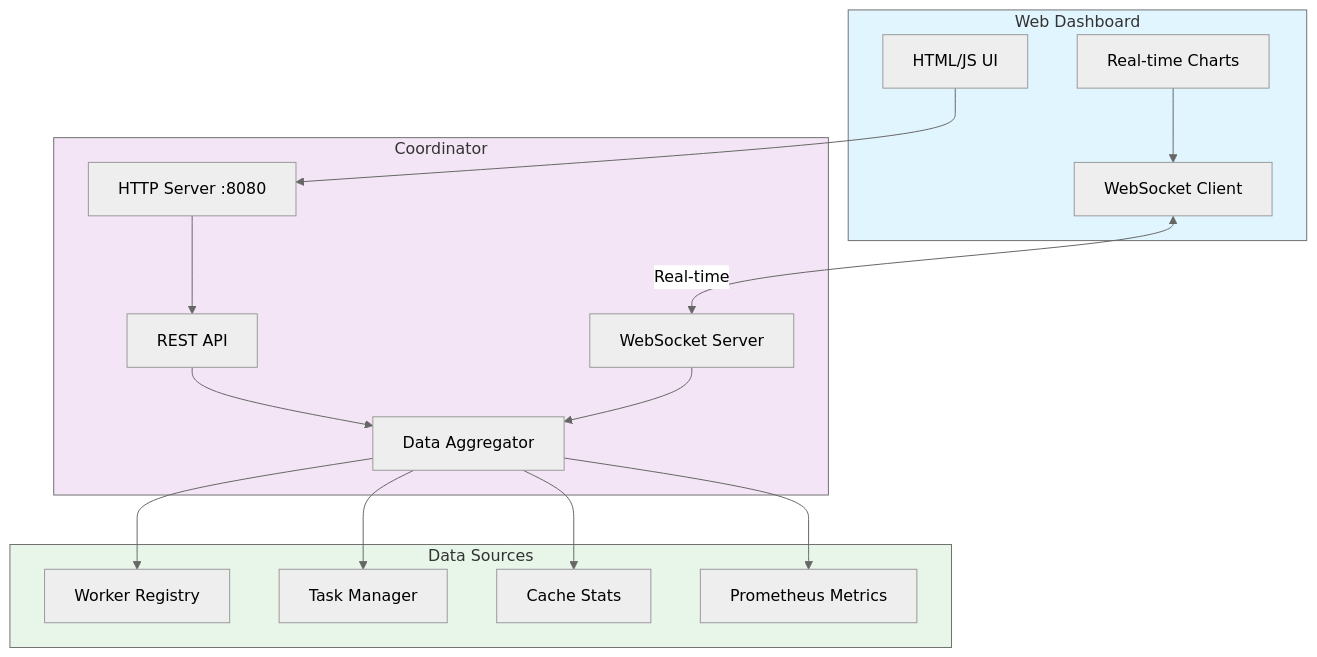
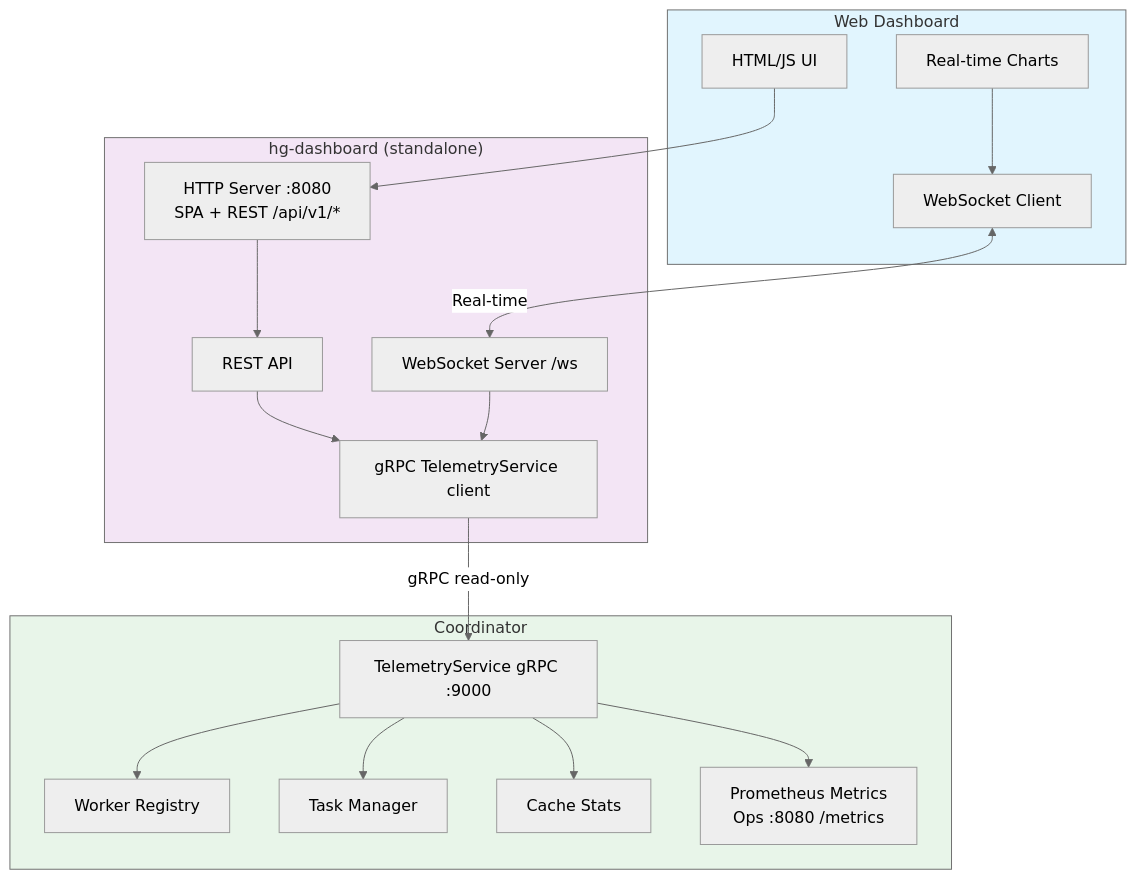
One commit to hybrid-grid/hybridgrid changed the ninth of 12 diagrams in docs/architecture-diagrams.md. Above: the diagram before and after it, drawn with Mermaid (neutral theme). The commit also changed other lines of this file and 13 other files, not shown here.

Commit message:
docs: document standalone hg-dashboard deployment

````diff
--- a/docs/architecture-diagrams.md
+++ b/docs/architecture-diagrams.md
@@ -270,37 +275,39 @@
 ```mermaid
 flowchart TB
     subgraph Frontend["Web Dashboard"]
         UI[HTML/JS UI]
         WS[WebSocket Client]
         CHARTS[Real-time Charts]
     end
 
-    subgraph Backend["Coordinator"]
-        HTTP[HTTP Server :8080]
+    subgraph Backend["hg-dashboard (standalone)"]
+        HTTP[HTTP Server :8080<br/>SPA + REST /api/v1/*]
         API[REST API]
-        WSS[WebSocket Server]
-        DATA[Data Aggregator]
+        WSS[WebSocket Server /ws]
+        CLIENT[gRPC TelemetryService client]
     end
 
-    subgraph Sources["Data Sources"]
+    subgraph Coordinator["Coordinator"]
+        TELEMSVC[TelemetryService gRPC :9000]
         REG[Worker Registry]
         TASK[Task Manager]
         CACHE[Cache Stats]
-        PROM[Prometheus Metrics]
+        PROM[Prometheus Metrics<br/>Ops :8080 /metrics]
     end
 
     UI --> HTTP
     WS <-->|Real-time| WSS
     CHARTS --> WS
 
-    HTTP --> API --> DATA
-    WSS --> DATA
-    DATA --> REG
-    DATA --> TASK
-    DATA --> CACHE
-    DATA --> PROM
+    HTTP --> API --> CLIENT
+    WSS --> CLIENT
+    CLIENT -->|"gRPC read-only"| TELEMSVC
+    TELEMSVC --> REG
+    TELEMSVC --> TASK
+    TELEMSVC --> CACHE
+    TELEMSVC --> PROM
 
     style Frontend fill:#e1f5fe
     style Backend fill:#f3e5f5
-    style Sources fill:#e8f5e9
+    style Coordinator fill:#e8f5e9
 ```
````
